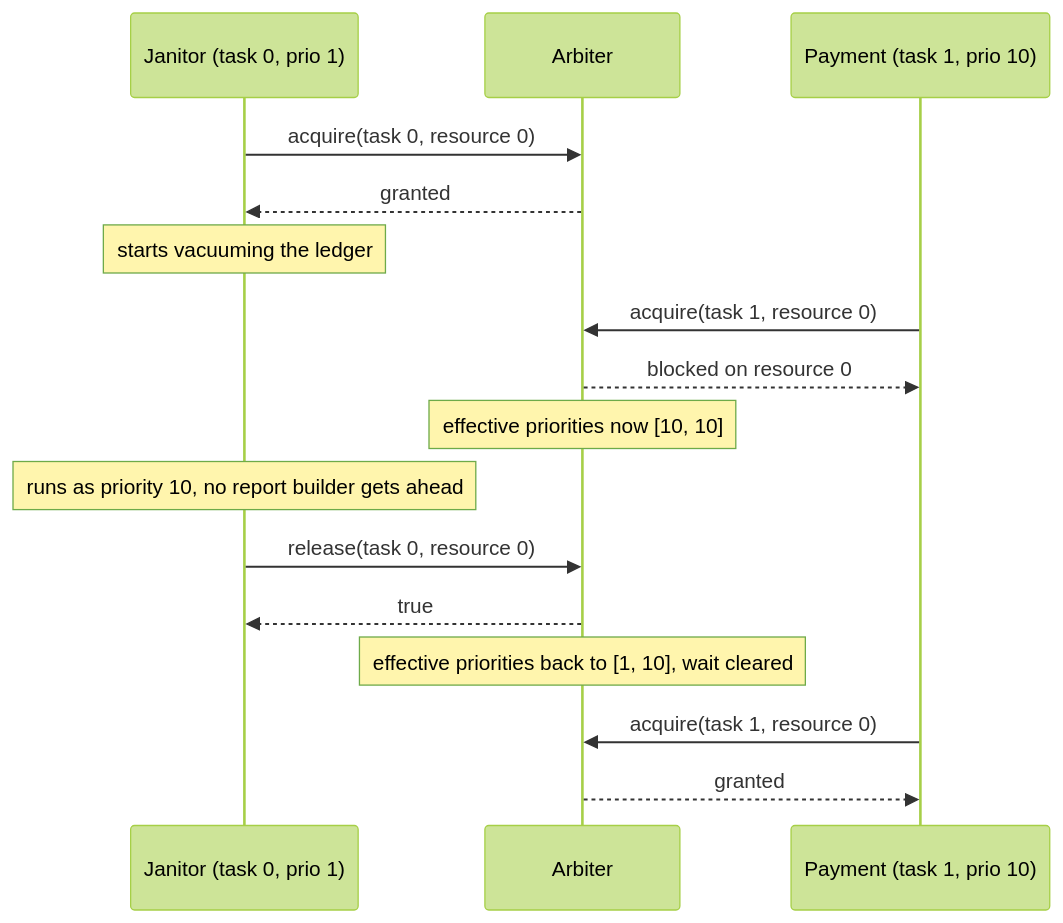
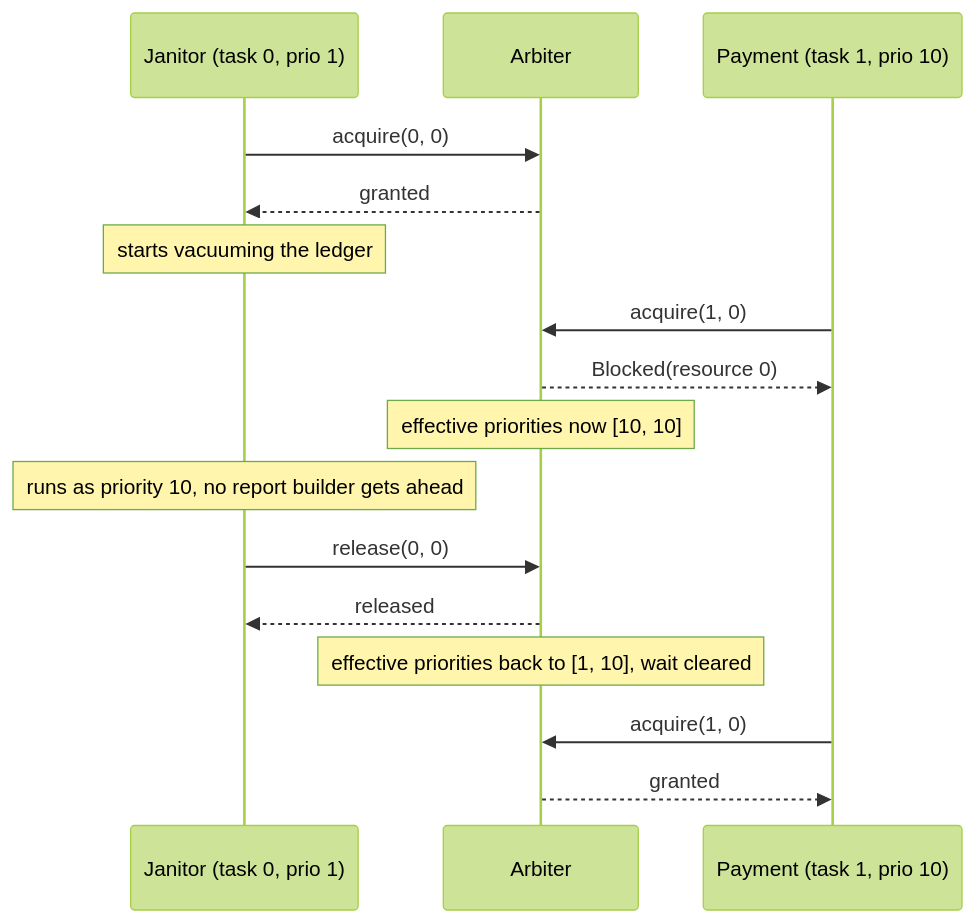
One commit to seuros/arbiter_machines changed the second of 2 diagrams in README.md. Above: the diagram before and after it, drawn with Mermaid (forest theme). The commit also changed other lines of this file and 11 other files, not shown here.

First line of the commit message:
feat!: answer Result with honoured repeats, clone-then-keep acquire, Blocked validated, sealed and resolved at load

````diff
--- a/README.md
+++ b/README.md
@@ -78,22 +75,22 @@
 ```mermaid
 sequenceDiagram
     participant J as Janitor (task 0, prio 1)
     participant A as Arbiter
     participant P as Payment (task 1, prio 10)
 
-    J->>A: acquire(task 0, resource 0)
+    J->>A: acquire(0, 0)
     A-->>J: granted
     Note over J: starts vacuuming the ledger
 
-    P->>A: acquire(task 1, resource 0)
-    A-->>P: blocked on resource 0
+    P->>A: acquire(1, 0)
+    A-->>P: Blocked(resource 0)
     Note over A: effective priorities now [10, 10]
     Note over J: runs as priority 10, no report builder gets ahead
 
-    J->>A: release(task 0, resource 0)
-    A-->>J: true
+    J->>A: release(0, 0)
+    A-->>J: released
     Note over A: effective priorities back to [1, 10], wait cleared
 
-    P->>A: acquire(task 1, resource 0)
+    P->>A: acquire(1, 0)
     A-->>P: granted
 ```
````
